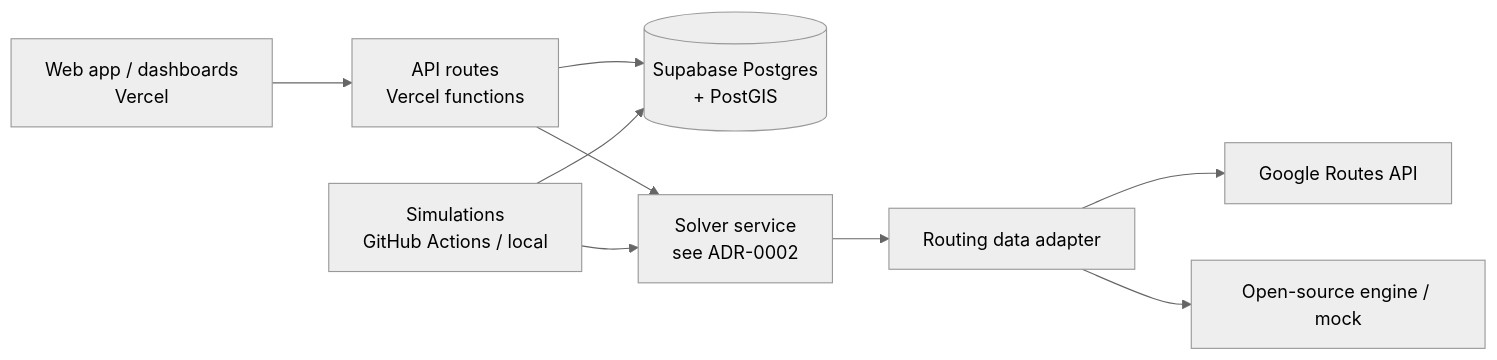
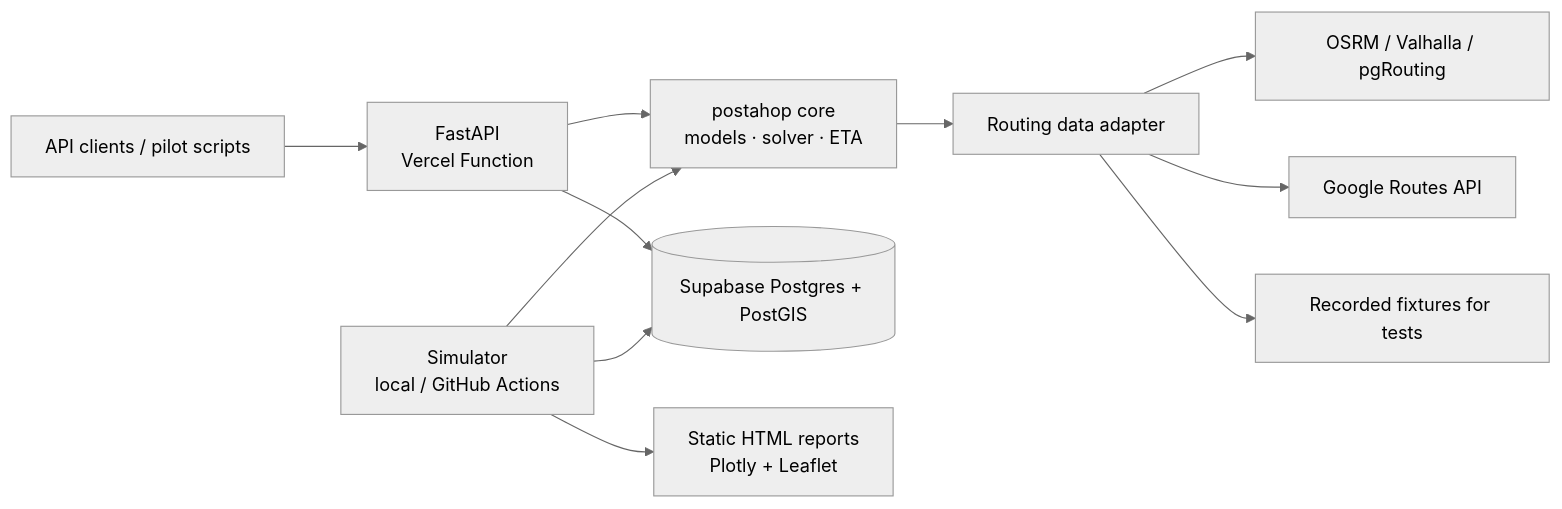
Before and after one commit to BrunoRicci/ai-freecad: the diagram in postahop/hub/architecture/OVERVIEW.md, drawn with Mermaid (neutral theme). The commit also changed other lines of this file and 22 other files, not shown here.

First line of the commit message:
PostaHop: record owner decisions, switch to GitHub Projects, add project sync

````diff
--- a/postahop/hub/architecture/OVERVIEW.md
+++ b/postahop/hub/architecture/OVERVIEW.md
@@ -5,11 +5,13 @@
 ```mermaid
 flowchart LR
-  UI[Web app / dashboards<br/>Vercel] --> API[API routes<br/>Vercel functions]
-  API --> DB[(Supabase Postgres<br/>+ PostGIS)]
-  API --> SOLVER[Solver service<br/>see ADR-0002]
-  SOLVER --> MAPS[Routing data adapter]
-  MAPS --> G[Google Routes API]
-  MAPS --> OSS[Open-source engine / mock]
-  SIM[Simulations<br/>GitHub Actions / local] --> SOLVER
+  CLIENT[API clients / pilot scripts] --> API[FastAPI<br/>Vercel Function]
+  API --> CORE[postahop core<br/>models · solver · ETA]
+  SIM[Simulator<br/>local / GitHub Actions] --> CORE
+  CORE --> ROUTING[Routing data adapter]
+  ROUTING --> OSS[OSRM / Valhalla / pgRouting]
+  ROUTING --> G[Google Routes API]
+  ROUTING --> FIX[Recorded fixtures for tests]
+  API --> DB[(Supabase Postgres + PostGIS)]
   SIM --> DB
+  SIM --> REPORT[Static HTML reports<br/>Plotly + Leaflet]
 ```
````
